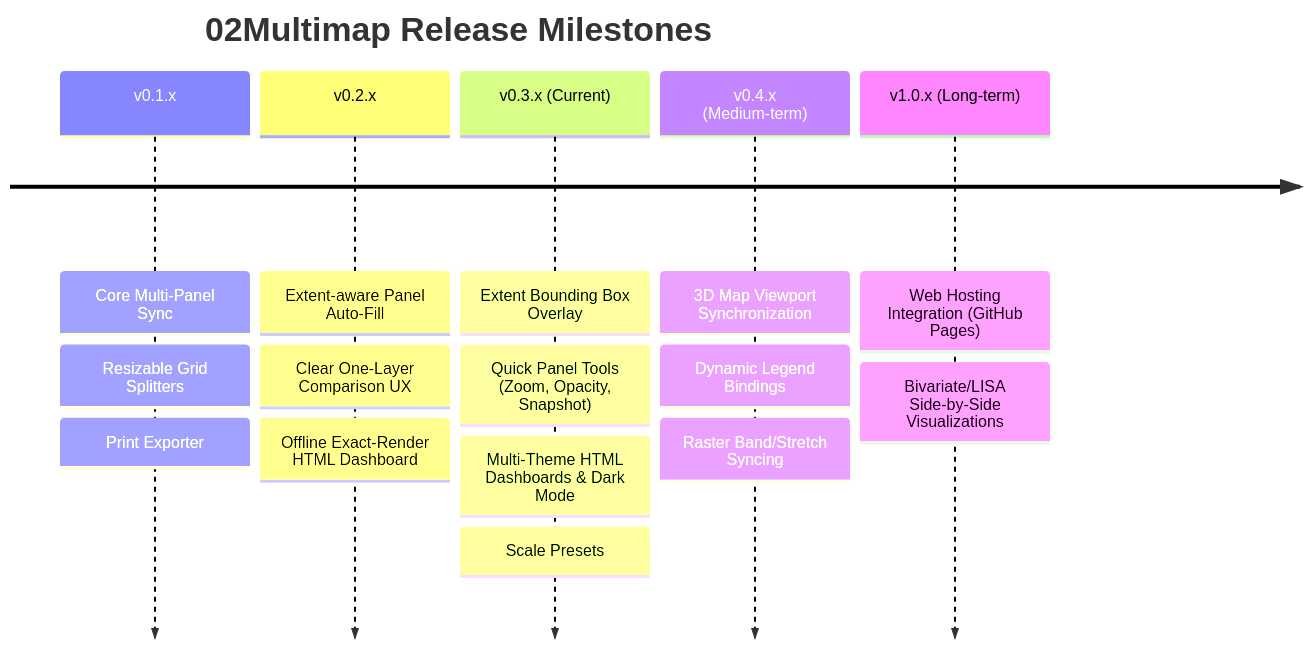
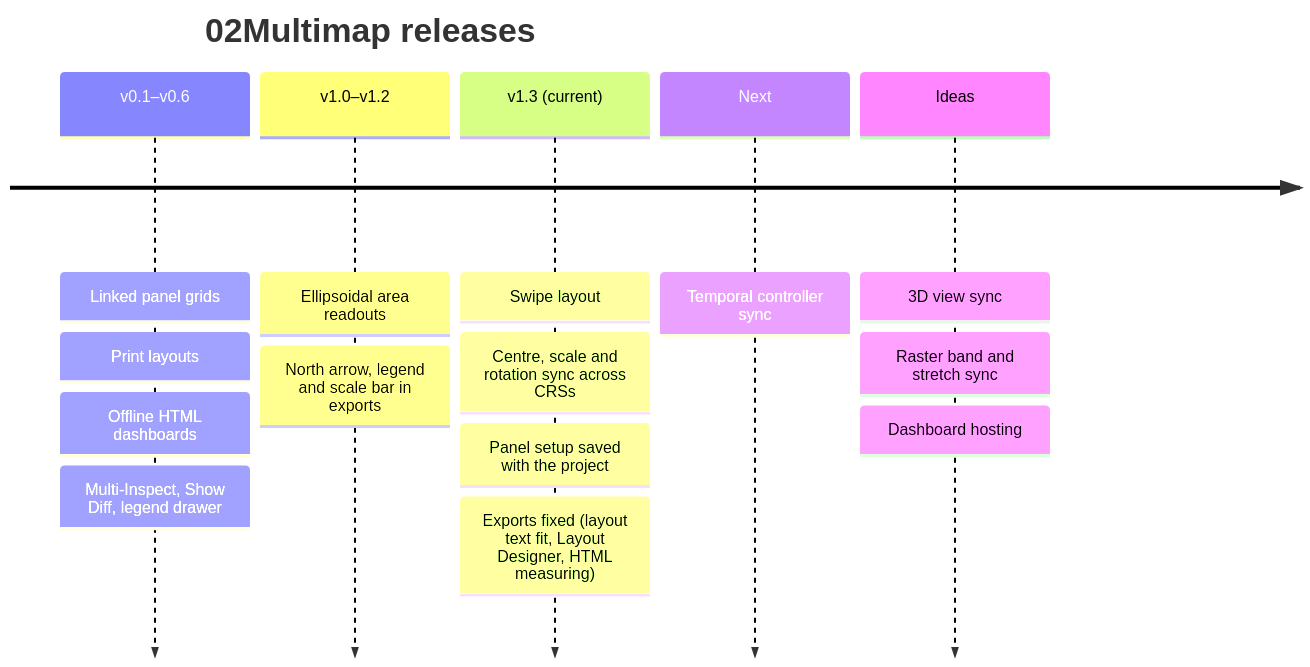
The diagram in ROADMAP.md (YusufEminoglu/zero2multimap), drawn with Mermaid before and after one commit. The commit also changed other lines of this file and 14 other files, not shown here.

````diff
--- a/ROADMAP.md
+++ b/ROADMAP.md
@@ -9,9 +9,9 @@
 ```mermaid
 timeline
-    title 02Multimap Release Milestones
-    v0.1.x : Core Multi-Panel Sync : Resizable Grid Splitters : Print Exporter
-    v0.2.x : Extent-aware Panel Auto-Fill : Clear One-Layer Comparison UX : Offline Exact-Render HTML Dashboard
-    v0.3.x (Current) : Extent Bounding Box Overlay : Quick Panel Tools (Zoom, Opacity, Snapshot) : Multi-Theme HTML Dashboards & Dark Mode : Scale Presets
-    v0.4.x (Medium-term) : 3D Map Viewport Synchronization : Dynamic Legend Bindings : Raster Band/Stretch Syncing
-    v1.0.x (Long-term) : Web Hosting Integration (GitHub Pages) : Bivariate/LISA Side-by-Side Visualizations
+    title 02Multimap releases
+    v0.1–v0.6 : Linked panel grids : Print layouts : Offline HTML dashboards : Multi-Inspect, Show Diff, legend drawer
+    v1.0–v1.2 : Ellipsoidal area readouts : North arrow, legend and scale bar in exports
+    v1.3 (current) : Swipe layout : Centre, scale and rotation sync across CRSs : Panel setup saved with the project : Exports fixed (layout text fit, Layout Designer, HTML measuring)
+    Next : Temporal controller sync
+    Ideas : 3D view sync : Raster band and stretch sync : Dashboard hosting
 ```
````
